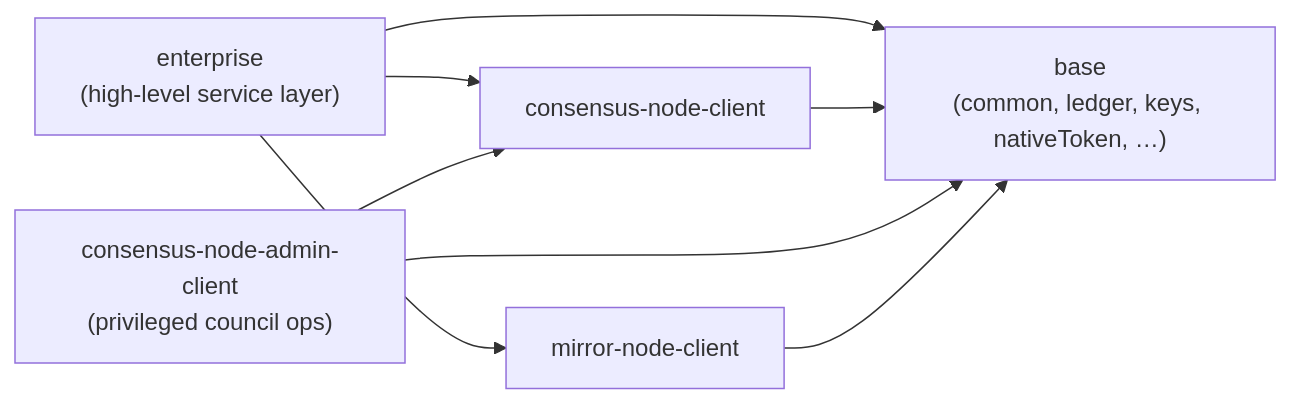
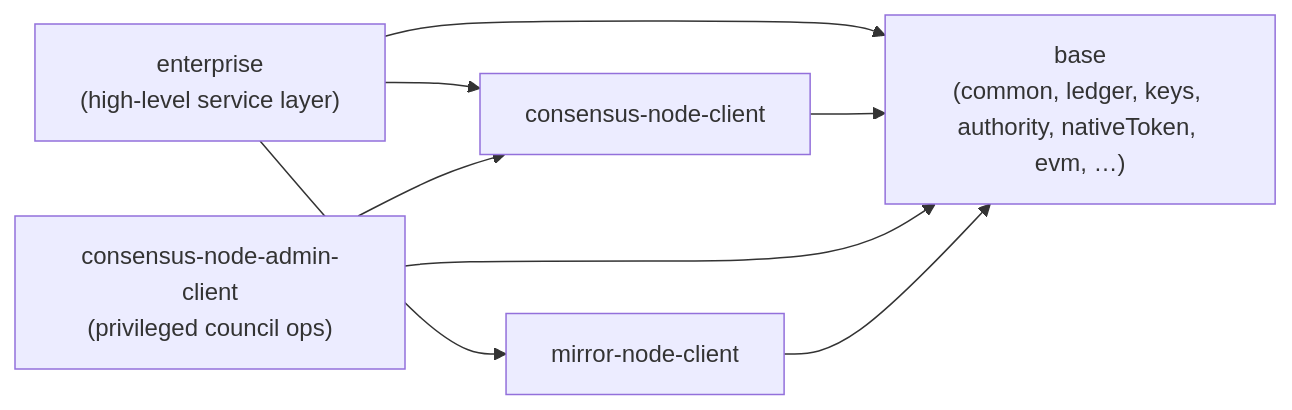
The first of 7 diagrams in spec/dependencies.md (hiero-hackers/hiero-sdk-v3-prototyping), drawn with Mermaid before and after one commit. The commit also changed other lines of this file, not shown here.

Commit message:
docs: update namespace dependencies and graphs in dependencies.md

````diff
--- a/spec/dependencies.md
+++ b/spec/dependencies.md
@@ -17,16 +21,16 @@
 ```mermaid
 flowchart LR
     enterprise["enterprise<br/>(high-level service layer)"]
     consensus["consensus-node-client"]
     admin["consensus-node-admin-client<br/>(privileged council ops)"]
     mirror["mirror-node-client"]
-    base["base<br/>(common, ledger, keys, nativeToken, …)"]
+    base["base<br/>(common, ledger, keys, authority, nativeToken, evm, …)"]
 
     enterprise --> consensus
     enterprise --> mirror
     enterprise --> base
     consensus --> base
     admin --> consensus
     admin --> base
     mirror --> base
 ```
````
